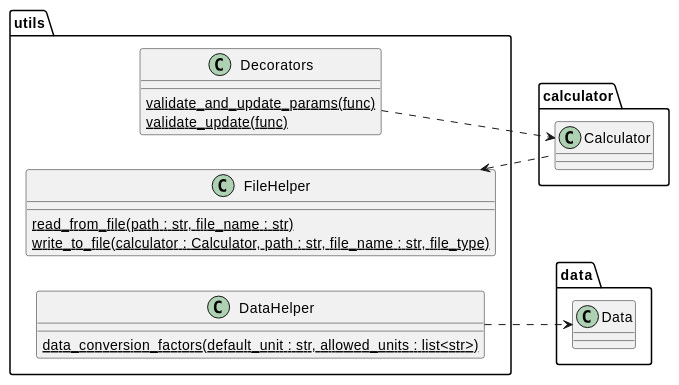
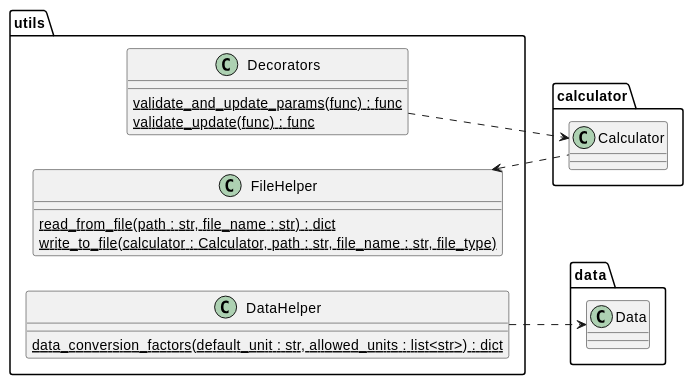
The diagram in docs/source/code_docs/utils_uml.rst (ukatc/AtLAST_sensitivity_calculator), drawn with PlantUML before and after one commit. The commit also changed other lines of this file and 11 other files, not shown here.

Commit message:
UML updates

```diff
--- a/docs/source/code_docs/utils_uml.rst
+++ b/docs/source/code_docs/utils_uml.rst
@@ -4,21 +4,21 @@
 .. uml::
 
     @startuml utils
 
     left to right direction
 
     class "FileHelper" as utils.FileHelper {
-      {static} read_from_file(path : str, file_name : str)
+      {static} read_from_file(path : str, file_name : str) : dict
       {static} write_to_file(calculator : Calculator, path : str, file_name : str, file_type)
     }
     class "DataHelper" as utils.DataHelper {
-      {static} data_conversion_factors(default_unit : str, allowed_units : list<str>)
+      {static} data_conversion_factors(default_unit : str, allowed_units : list<str>) : dict
     }
     class "Decorators" as utils.Decorators {
-      {static} validate_and_update_params(func)
-      {static} validate_update(func)
+      {static} validate_and_update_params(func) : func
+      {static} validate_update(func) : func
     }
     utils.FileHelper <.. calculator.Calculator
     utils.Decorators ..> calculator.Calculator
     utils.DataHelper ..> data.Data
     @enduml
```
